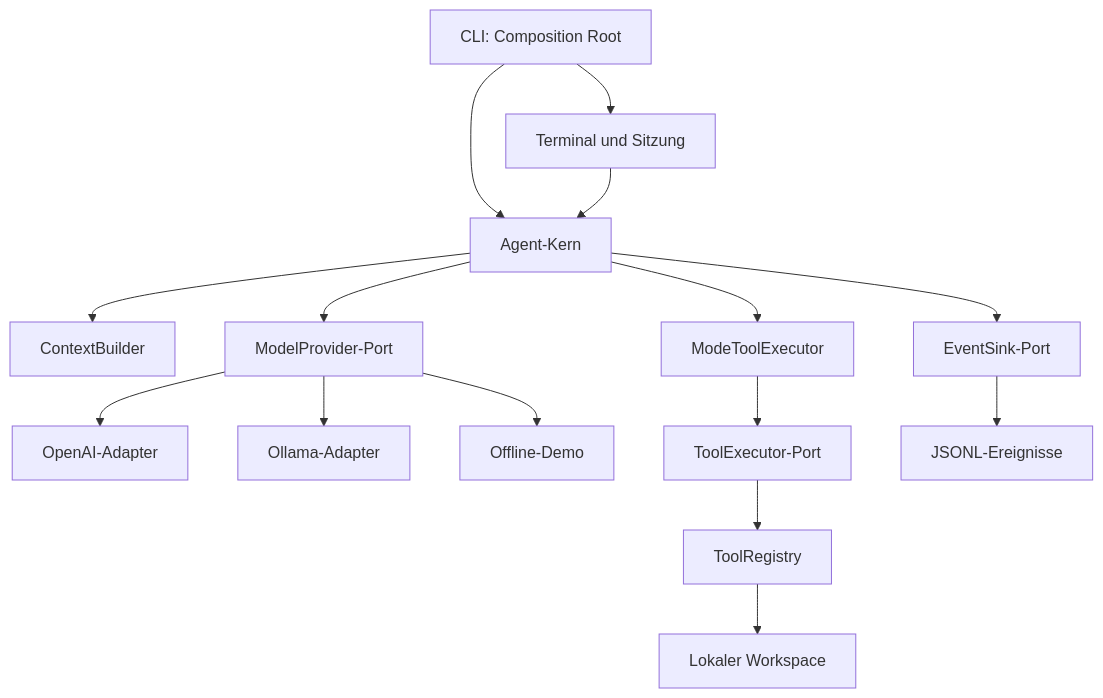
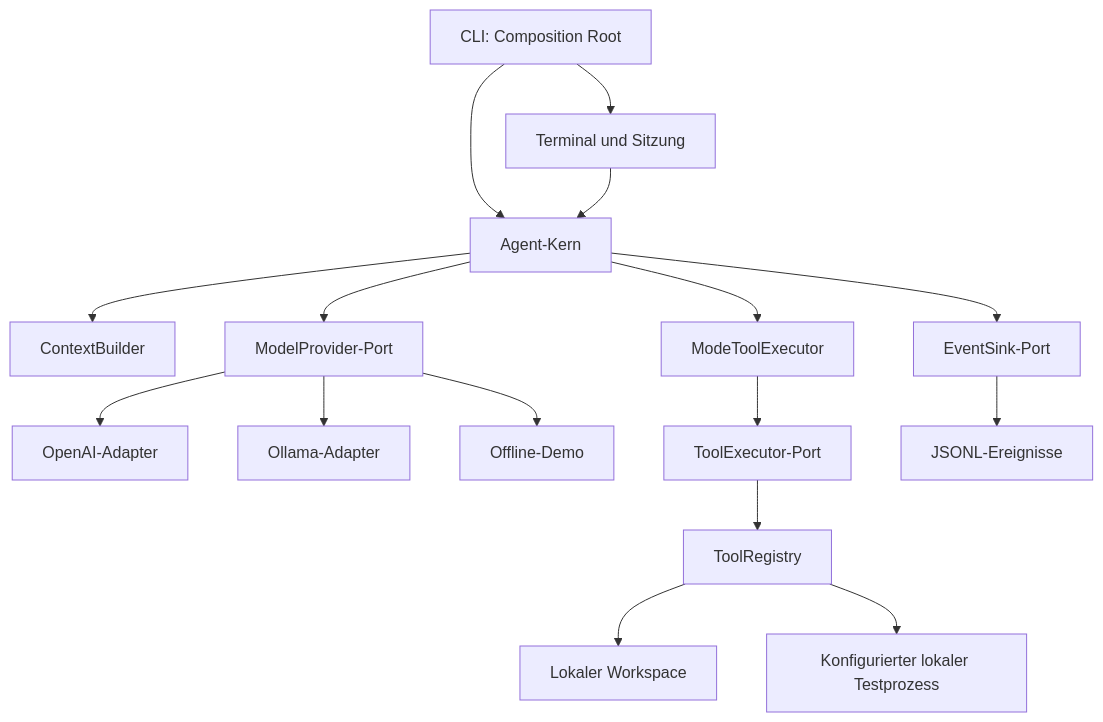
Before and after one commit to mtirtasana/ai-coding-agent: the diagram in README.md, drawn with Mermaid. The commit also changed other lines of this file and 6 other files, not shown here.

````diff
--- a/README.md
+++ b/README.md
@@ -77,17 +112,18 @@
 ```mermaid
 flowchart TD
     CLI[CLI: Composition Root] --> Shell[Terminal und Sitzung]
     CLI --> Agent[Agent-Kern]
     Shell --> Agent
     Agent --> Context[ContextBuilder]
     Agent --> Model[ModelProvider-Port]
     Model --> OpenAI[OpenAI-Adapter]
     Model --> Ollama[Ollama-Adapter]
     Model --> Demo[Offline-Demo]
     Agent --> Policy[ModeToolExecutor]
     Policy --> Tools[ToolExecutor-Port]
     Tools --> Registry[ToolRegistry]
     Registry --> Workspace[Lokaler Workspace]
+    Registry --> Tests[Konfigurierter lokaler Testprozess]
     Agent --> Events[EventSink-Port]
     Events --> JSONL[JSONL-Ereignisse]
 ```
````
